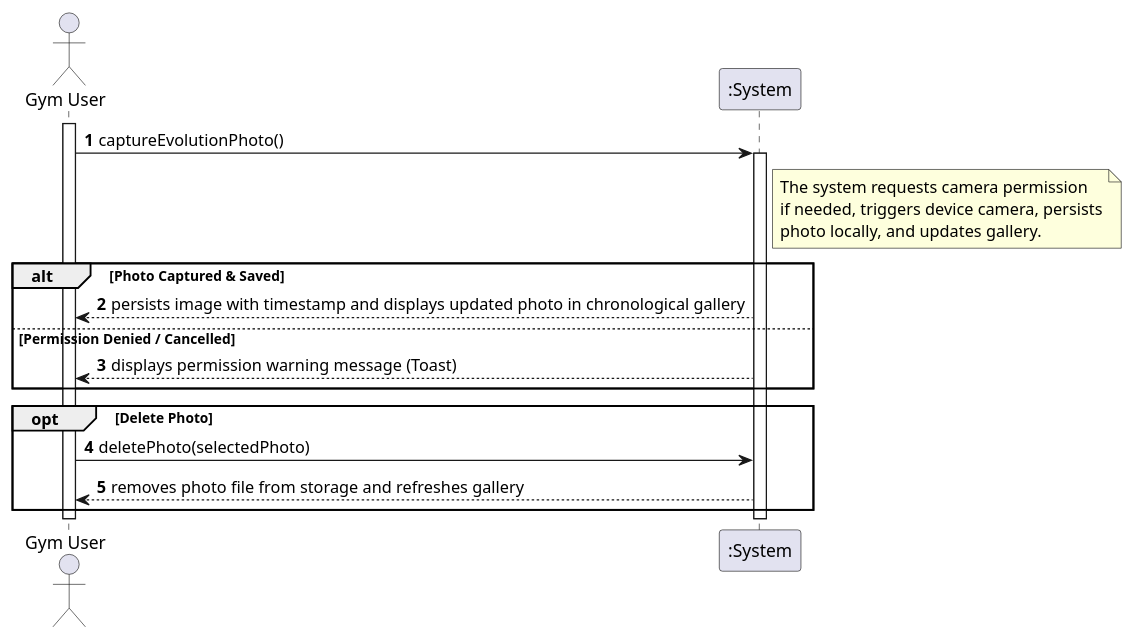
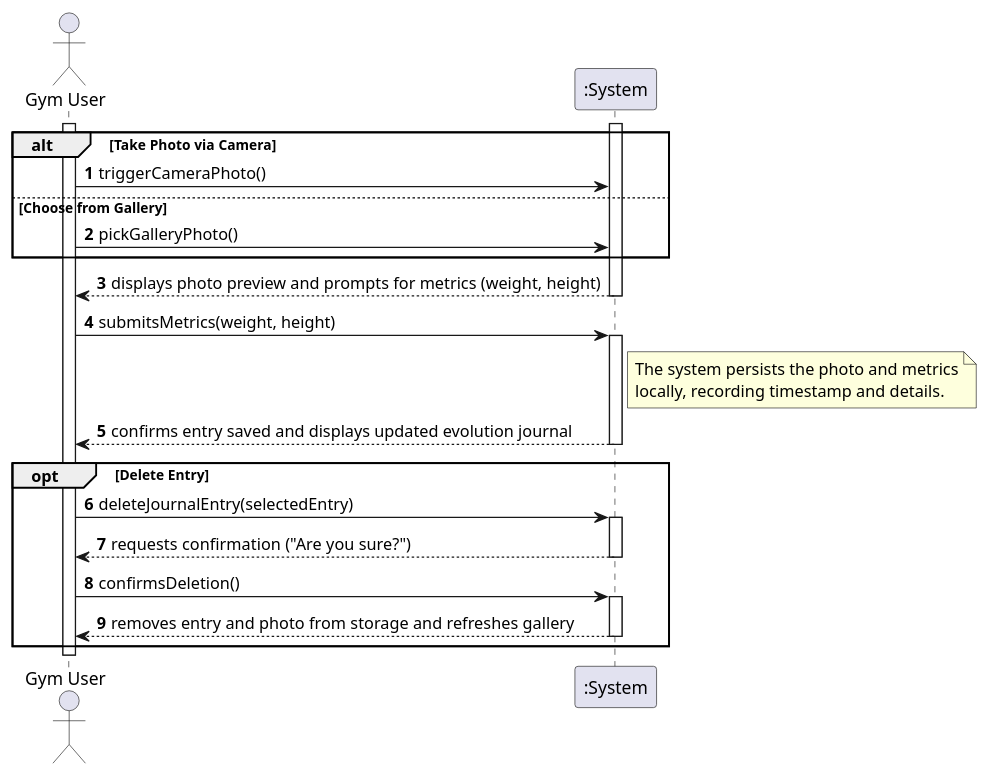
One commit to Martim690/DSSMV_ProjectDroid_1240690_1240842 changed the diagram in docs/US10/puml/SSD/ssd_us10.puml. Above: the diagram before and after it, drawn with PlantUML. The commit also changed 20 other files, not shown here.

Commit message:
some journal features ready for camera testing

```diff
--- a/docs/US10/puml/SSD/ssd_us10.puml
+++ b/docs/US10/puml/SSD/ssd_us10.puml
@@ -1,25 +1,36 @@
 @startuml
 autonumber
 actor "Gym User" as User
 participant ":System" as System
 
 activate User
-User -> System : captureEvolutionPhoto()
+alt Take Photo via Camera
+    User -> System : triggerCameraPhoto()
+else Choose from Gallery
+    User -> System : pickGalleryPhoto()
+end
 activate System
 
-note right of System: The system requests camera permission\nif needed, triggers device camera, persists\nphoto locally, and updates gallery.
+System --> User : displays photo preview and prompts for metrics (weight, height)
+deactivate System
 
-alt Photo Captured & Saved
-    System --> User : persists image with timestamp and displays updated photo in chronological gallery
-else Permission Denied / Cancelled
-    System --> User : displays permission warning message (Toast)
+User -> System : submitsMetrics(weight, height)
+activate System
+note right of System: The system persists the photo and metrics\nlocally, recording timestamp and details.
+
+System --> User : confirms entry saved and displays updated evolution journal
+deactivate System
+
+opt Delete Entry
+    User -> System : deleteJournalEntry(selectedEntry)
+    activate System
+    System --> User : requests confirmation ("Are you sure?")
+    deactivate System
+    User -> System : confirmsDeletion()
+    activate System
+    System --> User : removes entry and photo from storage and refreshes gallery
+    deactivate System
 end
 
-opt Delete Photo
-    User -> System : deletePhoto(selectedPhoto)
-    System --> User : removes photo file from storage and refreshes gallery
-end
-
-deactivate System
 deactivate User
 @enduml
```
